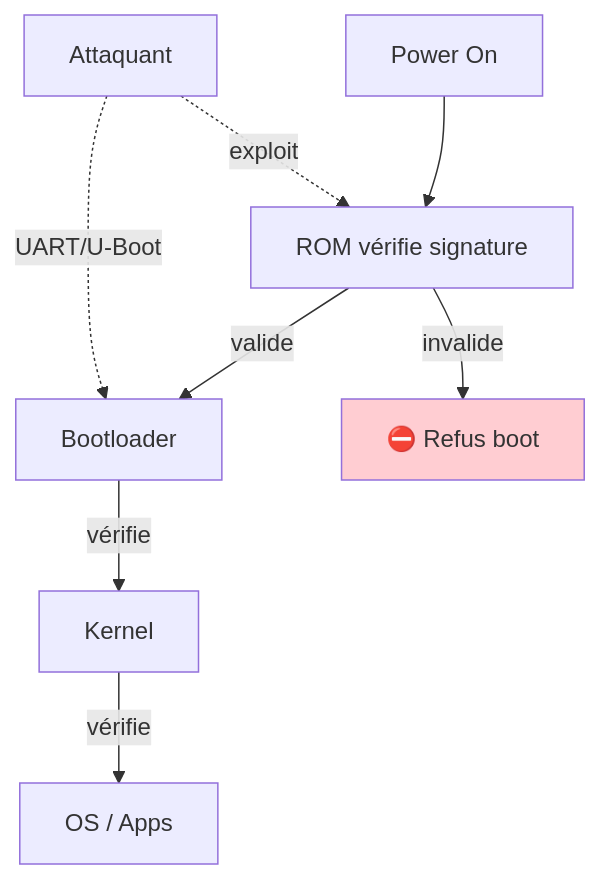
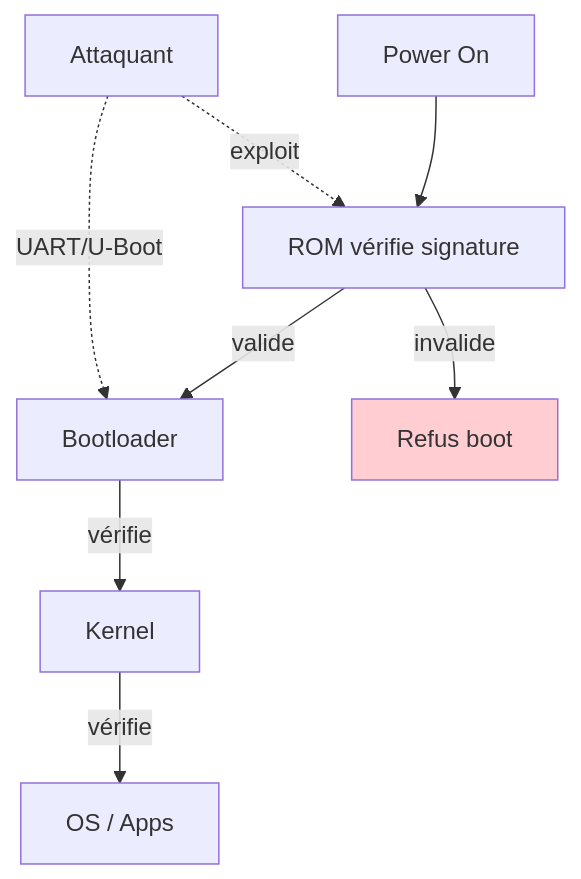
The first of 6 diagrams in public/offsidian/vault/Cybersécurité Offensive/Techniques/Hardware - Secure Boot.md (F0X-hack/foxhack.fr), drawn with Mermaid before and after one commit. The commit also changed other lines of this file and 369 other files, not shown here.

````diff
--- a/public/offsidian/vault/Cybersécurité Offensive/Techniques/Hardware - Secure Boot.md
+++ b/public/offsidian/vault/Cybersécurité Offensive/Techniques/Hardware - Secure Boot.md
@@ -54,11 +54,11 @@
 ```mermaid
 flowchart TB
     A["Power On"] --> B["ROM vérifie signature"]
     B -->|"valide"| C["Bootloader"]
-    B -->|"invalide"| D["⛔ Refus boot"]
+    B -->|"invalide"| D["Refus boot"]
     C -->|"vérifie"| D2["Kernel"]
     D2 -->|"vérifie"| E["OS / Apps"]
     ATK["Attaquant"] -.->|"exploit"| B
     ATK -.->|"UART/U-Boot"| C
     style D fill:#ffcdd2
 ```
````
